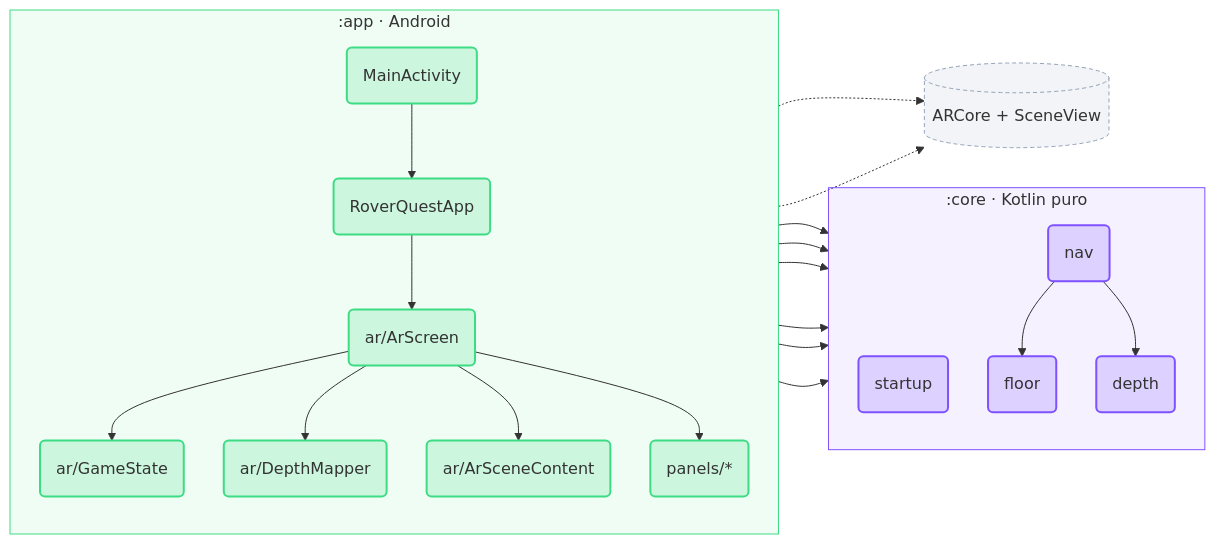
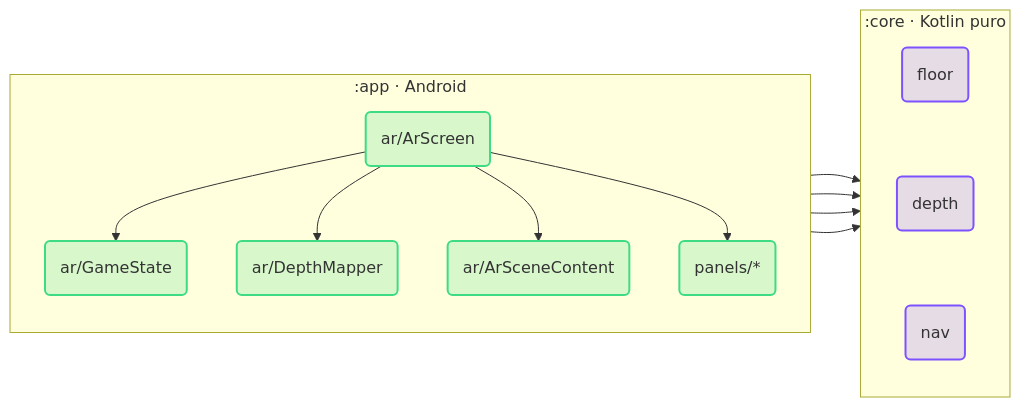
Before and after one commit to lianeheidemann/rover-quest-mr: the diagram in game/README.md, drawn with Mermaid. The commit also changed other lines of this file, not shown here.

First line of the commit message:
docs: make game/README.md shorter and more focused

````diff
--- a/game/README.md
+++ b/game/README.md
@@ -43,51 +37,23 @@
 ```mermaid
----
-config:
-  flowchart:
-    curve: basis
-    nodeSpacing: 40
-    rankSpacing: 50
-    padding: 16
----
 flowchart LR
     subgraph app [":app · Android"]
         direction TB
-        Main("MainActivity") --> App("RoverQuestApp") --> Ar("ar/ArScreen")
-        Ar --> Game("ar/GameState")
+        Ar("ar/ArScreen") --> Game("ar/GameState")
         Ar --> Depth("ar/DepthMapper")
         Ar --> Scene("ar/ArSceneContent")
         Ar --> Panels("panels/*")
     end
     subgraph core [":core · Kotlin puro"]
         direction TB
-        startup("startup")
-        floor("floor")
-        depth("depth")
-        nav("nav")
+        floor("floor") ~~~ depth("depth") ~~~ nav("nav")
     end
-    ARCore[("ARCore + SceneView")]
-
-    App --> startup
     Game --> floor
     Game --> nav
     Depth --> depth
     Depth --> nav
-    Ar --> nav
-    nav --> floor
-    nav --> depth
-    Ar -.-> ARCore
-    Scene -.-> ARCore
 
-    class Main,App,Ar,Game,Depth,Scene,Panels android
-    class startup,floor,depth,nav kotlin
-    class ARCore external
-
-    %% Translucent fills and no fixed text color: GitHub picks the light or dark
-    %% Mermaid theme from the viewer's setting, and these colors work on both.
     classDef android fill:#3DDC8433,stroke:#3DDC84,stroke-width:2px
     classDef kotlin fill:#7F52FF33,stroke:#7F52FF,stroke-width:2px
-    classDef external fill:#94A3B81F,stroke:#94A3B8,stroke-width:1px,stroke-dasharray:4 3
-    classDef start fill:#F5A62340,stroke:#F5A623,stroke-width:2px
-    style app fill:#3DDC8414,stroke:#3DDC84,stroke-width:1px
-    style core fill:#7F52FF14,stroke:#7F52FF,stroke-width:1px
+    class Ar,Game,Depth,Scene,Panels android
+    class floor,depth,nav kotlin
 ```
````
